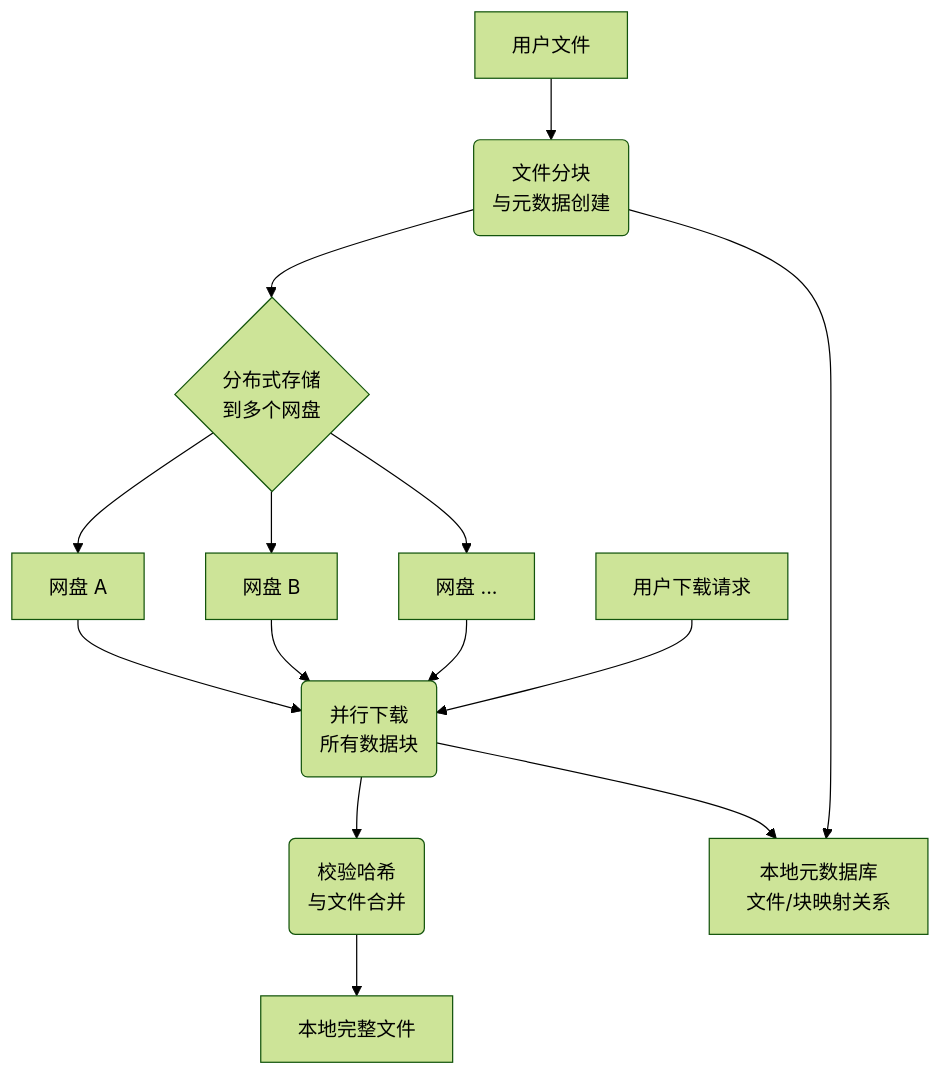
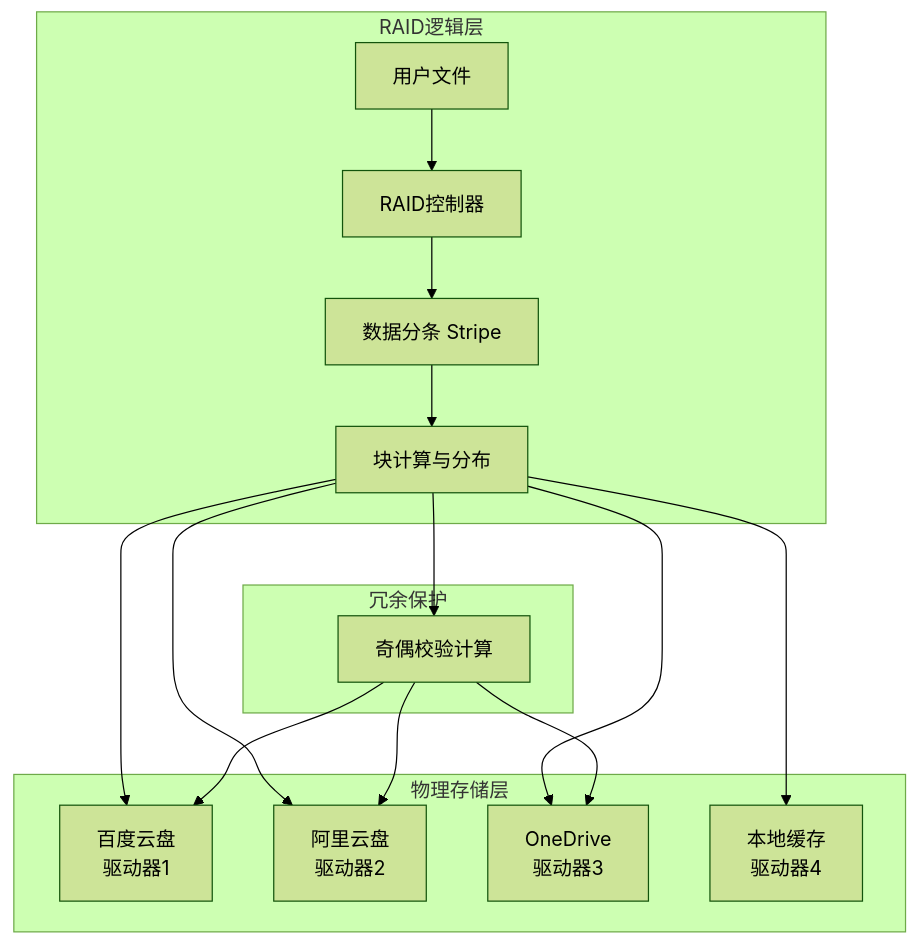
One commit to Mrhs121/PanMatrix changed the diagram in README.md. Above: the diagram before and after it, drawn with Mermaid (forest theme). The commit also changed other lines of this file, not shown here.

````diff
--- a/README.md
+++ b/README.md
@@ -31,16 +31,23 @@
 ```mermaid
-flowchart TD
-    A[用户文件] --> B(文件分块<br>与元数据创建)
-    B --> C{分布式存储<br>到多个网盘}
-    C --> D[网盘 A]
-    C --> E[网盘 B]
-    C --> F[网盘 ...]
+graph TB
+    subgraph "RAID逻辑层"
+        A[用户文件] --> B[RAID控制器]
+        B --> C[数据分条 Stripe]
+        C --> D[块计算与分布]
+    end
     
-    G[用户下载请求] --> H(并行下载<br>所有数据块)
-    D & E & F --> H
-    H --> I(校验哈希<br>与文件合并)
-    I --> J[本地完整文件]
+    subgraph "物理存储层"
+        D --> E[百度云盘<br>驱动器1]
+        D --> F[阿里云盘<br>驱动器2]
+        D --> G[OneDrive<br>驱动器3]
+        D --> H[本地缓存<br>驱动器4]
+    end
     
-    B --> K[本地元数据库<br>文件/块映射关系]
-    H --> K
+    subgraph "冗余保护"
+        I[奇偶校验计算]
+        D --> I
+        I --> E
+        I --> F
+        I --> G
+    end
 ```
````
